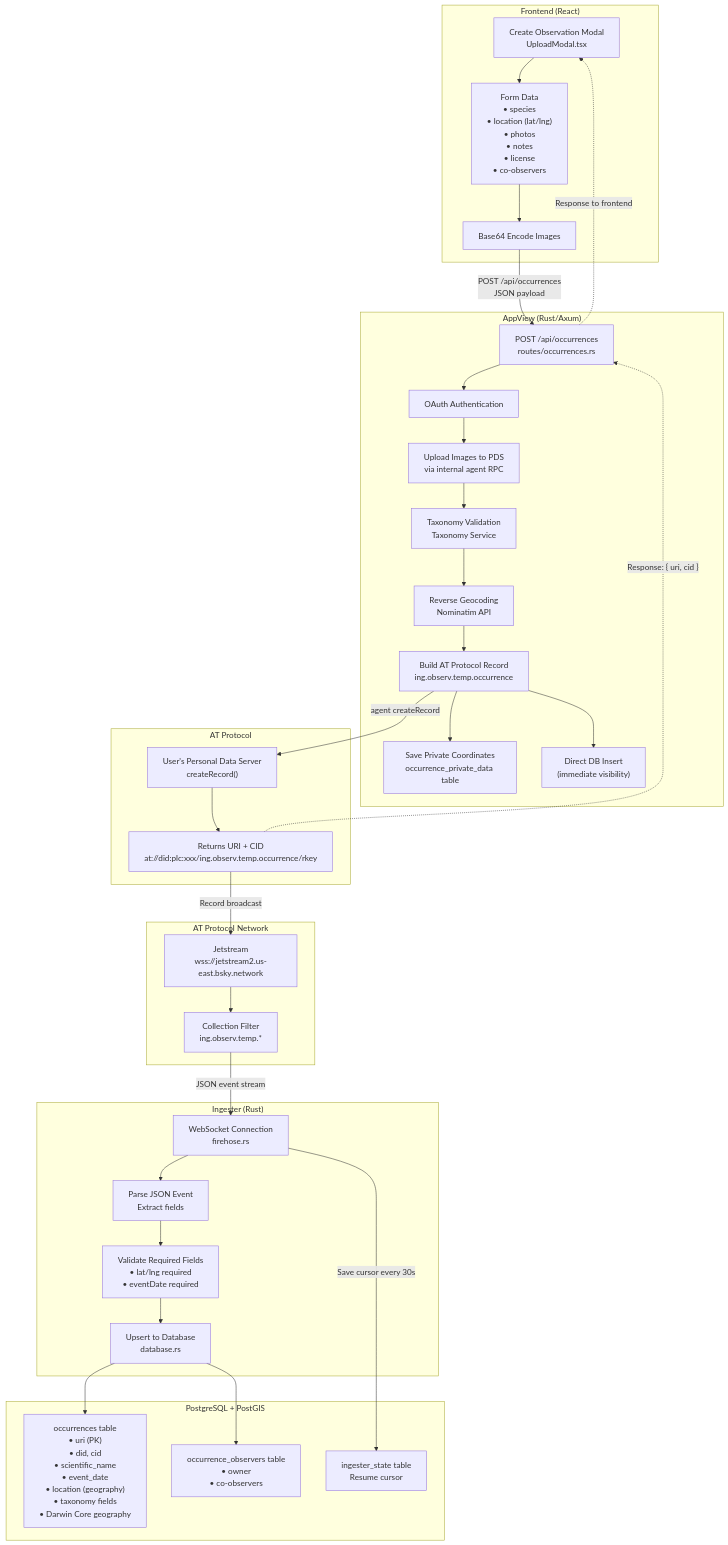
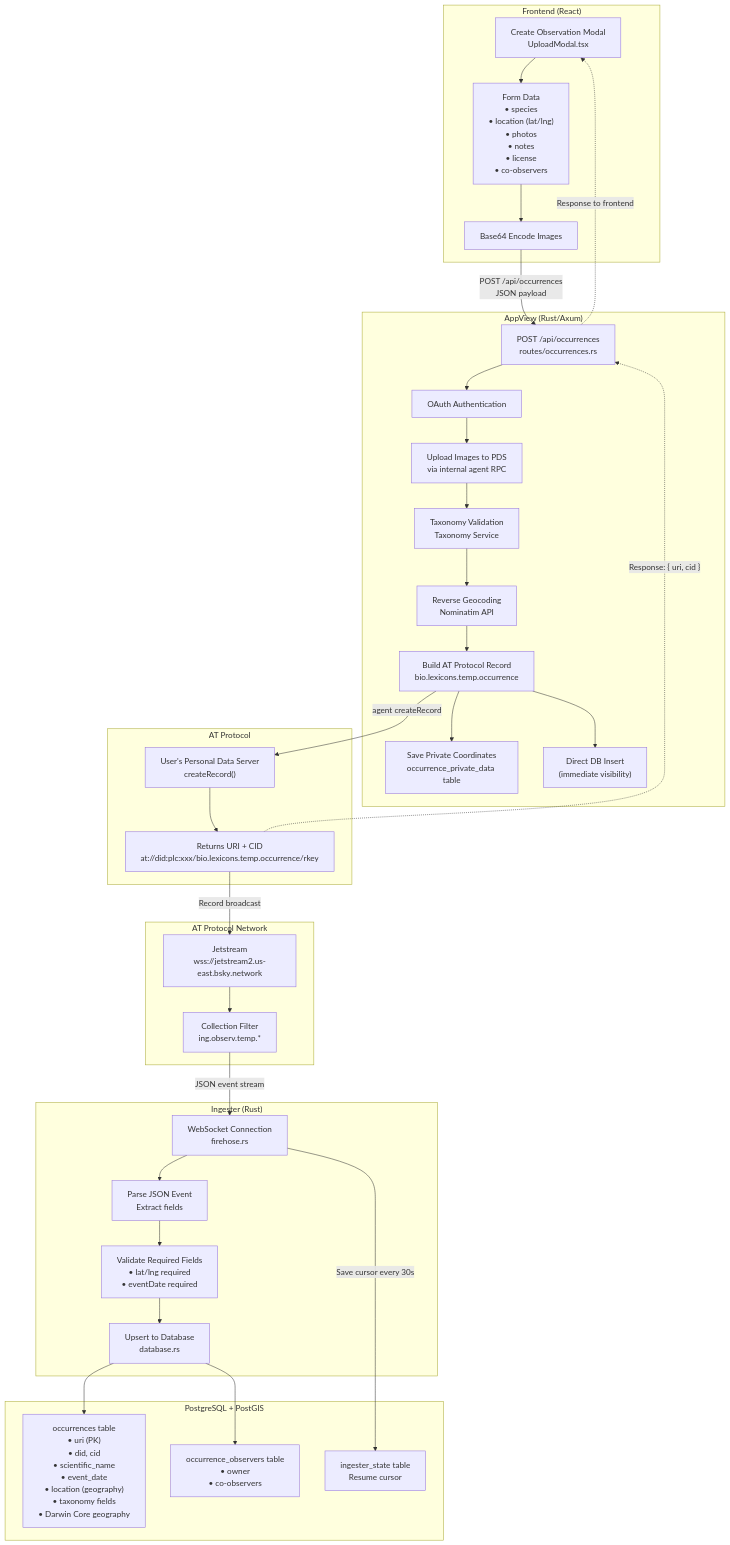
The diagram in docs/data-flow.md (observ-ing/core), drawn with Mermaid before and after one commit. The commit also changed other lines of this file and 52 other files, not shown here.

First line of the commit message:
Switch occurrence records to bio.lexicons.temp.occurrence

````diff
--- a/docs/data-flow.md
+++ b/docs/data-flow.md
@@ -7,68 +7,68 @@
 ```mermaid
 flowchart TB
     subgraph Frontend["Frontend (React)"]
         Modal["Create Observation Modal<br/>UploadModal.tsx"]
         FormData["Form Data<br/>• species<br/>• location (lat/lng)<br/>• photos<br/>• notes<br/>• license<br/>• co-observers"]
         Base64["Base64 Encode Images"]
         Modal --> FormData --> Base64
     end
 
     subgraph AppView["AppView (Rust/Axum)"]
         API["POST /api/occurrences<br/>routes/occurrences.rs"]
         Auth["OAuth Authentication"]
         BlobUpload["Upload Images to PDS<br/>via internal agent RPC"]
         GBIF["Taxonomy Validation<br/>Taxonomy Service"]
         Geocode["Reverse Geocoding<br/>Nominatim API"]
-        BuildRecord["Build AT Protocol Record<br/>ing.observ.temp.occurrence"]
+        BuildRecord["Build AT Protocol Record<br/>bio.lexicons.temp.occurrence"]
         PrivateData["Save Private Coordinates<br/>occurrence_private_data table"]
         DirectInsert["Direct DB Insert<br/>(immediate visibility)"]
     end
 
     subgraph ATProtocol["AT Protocol"]
         PDS["User's Personal Data Server<br/>createRecord()"]
-        URI["Returns URI + CID<br/>at://did:plc:xxx/ing.observ.temp.occurrence/rkey"]
+        URI["Returns URI + CID<br/>at://did:plc:xxx/bio.lexicons.temp.occurrence/rkey"]
     end
 
     subgraph Firehose["AT Protocol Network"]
         Jetstream["Jetstream<br/>wss://jetstream2.us-east.bsky.network"]
         Filter["Collection Filter<br/>ing.observ.temp.*"]
     end
 
     subgraph Ingester["Ingester (Rust)"]
         WS["WebSocket Connection<br/>firehose.rs"]
         Parse["Parse JSON Event<br/>Extract fields"]
         Validate["Validate Required Fields<br/>• lat/lng required<br/>• eventDate required"]
         Upsert["Upsert to Database<br/>database.rs"]
     end
 
     subgraph Database["PostgreSQL + PostGIS"]
         Occurrences["occurrences table<br/>• uri (PK)<br/>• did, cid<br/>• scientific_name<br/>• event_date<br/>• location (geography)<br/>• taxonomy fields<br/>• Darwin Core geography"]
         Observers["occurrence_observers table<br/>• owner<br/>• co-observers"]
         Cursor["ingester_state table<br/>Resume cursor"]
     end
 
     %% Main flow
     Base64 -->|"POST /api/occurrences<br/>JSON payload"| API
     API --> Auth
     Auth --> BlobUpload
     BlobUpload --> GBIF
     GBIF --> Geocode
     Geocode --> BuildRecord
     BuildRecord -->|"agent createRecord"| PDS
     BuildRecord --> PrivateData
     BuildRecord --> DirectInsert
     PDS --> URI
     URI -->|"Record broadcast"| Jetstream
     Jetstream --> Filter
     Filter -->|"JSON event stream"| WS
     WS --> Parse
     Parse --> Validate
     Validate --> Upsert
     Upsert --> Occurrences
     Upsert --> Observers
     WS -->|"Save cursor every 30s"| Cursor
 
     %% Response flow
     URI -.->|"Response: { uri, cid }"| API
     API -.->|"Response to frontend"| Modal
 ```
````
